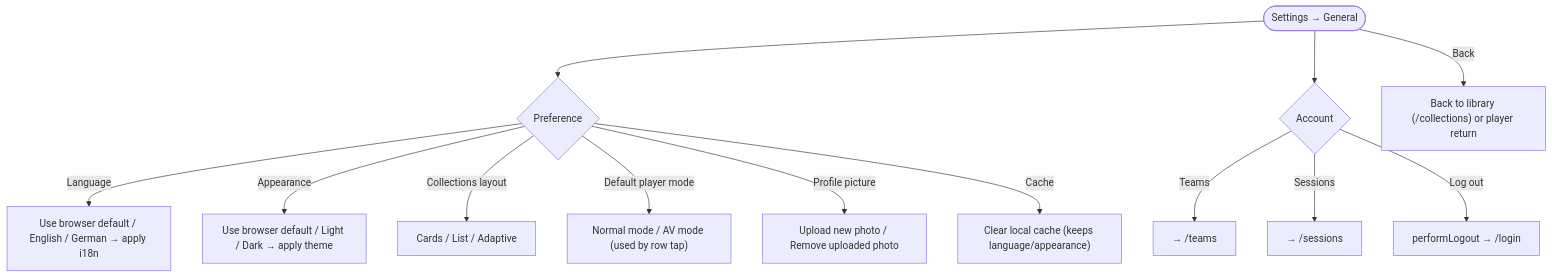
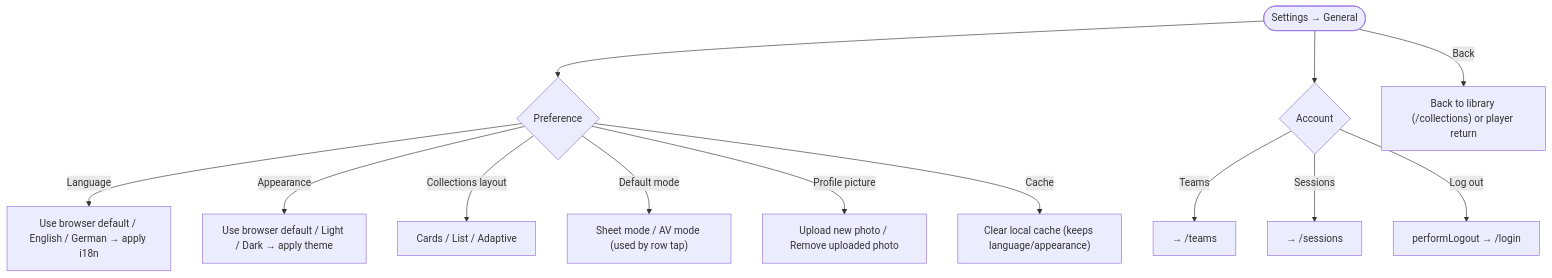
One commit to xilefmusics/worship_viewer changed diagram 41 of 56 in docs/architecture/frontend-user-flows.md. Above: the diagram before and after it, drawn with Mermaid. The commit also changed other lines of this file and 39 other files, not shown here.

````diff
--- a/docs/architecture/frontend-user-flows.md
+++ b/docs/architecture/frontend-user-flows.md
@@ -713,15 +713,15 @@
 ```mermaid
 flowchart TD
     g(["Settings → General"]) --> opt{Preference}
     opt -->|Language| lang["Use browser default / English / German → apply i18n"]
     opt -->|Appearance| appr["Use browser default / Light / Dark → apply theme"]
     opt -->|Collections layout| lay["Cards / List / Adaptive"]
-    opt -->|Default player mode| mode["Normal mode / AV mode (used by row tap)"]
+    opt -->|Default mode| mode["Sheet mode / AV mode (used by row tap)"]
     opt -->|Profile picture| pic["Upload new photo / Remove uploaded photo"]
     opt -->|Cache| cache["Clear local cache (keeps language/appearance)"]
     g --> account{Account}
     account -->|Teams| t["→ /teams"]
     account -->|Sessions| s["→ /sessions"]
     account -->|Log out| lo["performLogout → /login"]
     g -->|Back| back["Back to library (/collections) or player return"]
 ```
````
